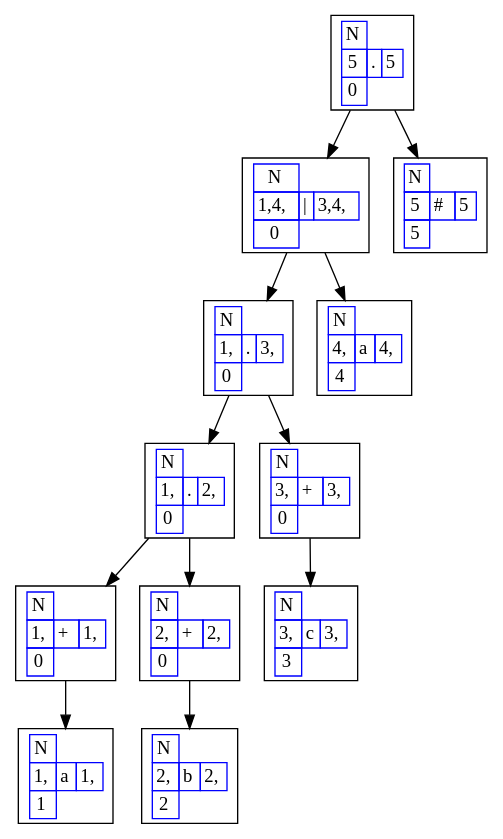
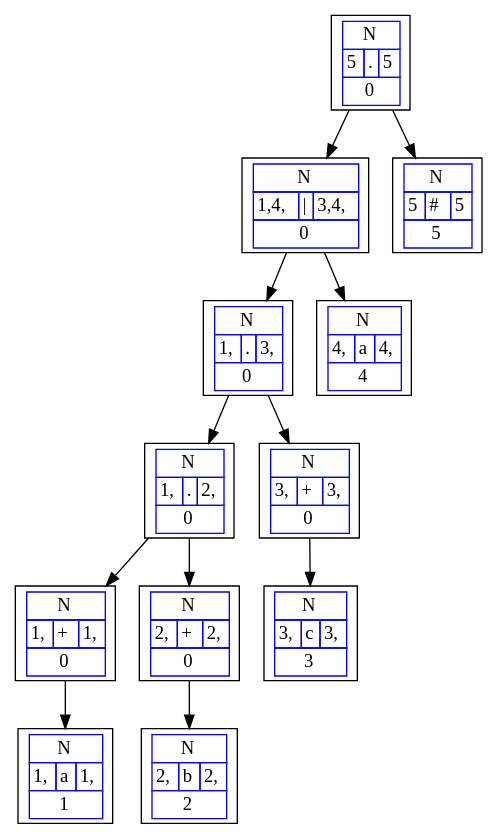
Before and after one commit to Racs0XD/-OLC1-Proyecto1_201603028: the diagram in Py1_201603028/src/ARBOLES_201603028/E2.dot, drawn with Graphviz. The commit also changed 144 other files, not shown here.

```diff
--- a/Py1_201603028/src/ARBOLES_201603028/E2.dot
+++ b/Py1_201603028/src/ARBOLES_201603028/E2.dot
@@ -1,101 +1,101 @@
 digraph G{
 rankdir=UD
 node[shape=box]
 concentrate=true
-nodo46 [ label =< 
+nodo136 [ label =< 
 <table border='0' cellborder='1' color='blue' cellspacing='0'>
-<tr><td>N</td></tr>
+<tr><td colspan="3">N</td></tr>
 <tr><td>5</td><td>.</td><td>5</td></tr>
-<tr><td>0</td></tr>
+<tr><td colspan="3">0</td></tr>
 </table>
 >];
-nodo44 [ label =< 
+nodo134 [ label =< 
 <table border='0' cellborder='1' color='blue' cellspacing='0'>
-<tr><td>N</td></tr>
+<tr><td colspan="3">N</td></tr>
 <tr><td>1,4,</td><td>|</td><td>3,4,</td></tr>
-<tr><td>0</td></tr>
+<tr><td colspan="3">0</td></tr>
 </table>
 >];
-nodo42 [ label =< 
+nodo132 [ label =< 
 <table border='0' cellborder='1' color='blue' cellspacing='0'>
-<tr><td>N</td></tr>
+<tr><td colspan="3">N</td></tr>
 <tr><td>1,</td><td>.</td><td>3,</td></tr>
-<tr><td>0</td></tr>
+<tr><td colspan="3">0</td></tr>
 </table>
 >];
-nodo39 [ label =< 
+nodo129 [ label =< 
 <table border='0' cellborder='1' color='blue' cellspacing='0'>
-<tr><td>N</td></tr>
+<tr><td colspan="3">N</td></tr>
 <tr><td>1,</td><td>.</td><td>2,</td></tr>
-<tr><td>0</td></tr>
+<tr><td colspan="3">0</td></tr>
 </table>
 >];
-nodo36 [ label =< 
+nodo126 [ label =< 
 <table border='0' cellborder='1' color='blue' cellspacing='0'>
-<tr><td>N</td></tr>
+<tr><td colspan="3">N</td></tr>
 <tr><td>1,</td><td>+</td><td>1,</td></tr>
-<tr><td>0</td></tr>
+<tr><td colspan="3">0</td></tr>
 </table>
 >];
-nodo35 [ label =< 
+nodo125 [ label =< 
 <table border='0' cellborder='1' color='blue' cellspacing='0'>
-<tr><td>N</td></tr>
+<tr><td colspan="3">N</td></tr>
 <tr><td>1,</td><td>a</td><td>1,</td></tr>
-<tr><td>1</td></tr>
+<tr><td colspan="3">1</td></tr>
 </table>
 >];
-nodo36->nodo35
-nodo39->nodo36
-nodo38 [ label =< 
+nodo126->nodo125
+nodo129->nodo126
+nodo128 [ label =< 
 <table border='0' cellborder='1' color='blue' cellspacing='0'>
-<tr><td>N</td></tr>
+<tr><td colspan="3">N</td></tr>
 <tr><td>2,</td><td>+</td><td>2,</td></tr>
-<tr><td>0</td></tr>
+<tr><td colspan="3">0</td></tr>
 </table>
 >];
-nodo37 [ label =< 
+nodo127 [ label =< 
 <table border='0' cellborder='1' color='blue' cellspacing='0'>
-<tr><td>N</td></tr>
+<tr><td colspan="3">N</td></tr>
 <tr><td>2,</td><td>b</td><td>2,</td></tr>
-<tr><td>2</td></tr>
+<tr><td colspan="3">2</td></tr>
 </table>
 >];
-nodo38->nodo37
-nodo39->nodo38
-nodo42->nodo39
-nodo41 [ label =< 
+nodo128->nodo127
+nodo129->nodo128
+nodo132->nodo129
+nodo131 [ label =< 
 <table border='0' cellborder='1' color='blue' cellspacing='0'>
-<tr><td>N</td></tr>
+<tr><td colspan="3">N</td></tr>
 <tr><td>3,</td><td>+</td><td>3,</td></tr>
-<tr><td>0</td></tr>
+<tr><td colspan="3">0</td></tr>
 </table>
 >];
-nodo40 [ label =< 
+nodo130 [ label =< 
 <table border='0' cellborder='1' color='blue' cellspacing='0'>
-<tr><td>N</td></tr>
+<tr><td colspan="3">N</td></tr>
 <tr><td>3,</td><td>c</td><td>3,</td></tr>
-<tr><td>3</td></tr>
+<tr><td colspan="3">3</td></tr>
 </table>
 >];
-nodo41->nodo40
-nodo42->nodo41
-nodo44->nodo42
-nodo43 [ label =< 
+nodo131->nodo130
+nodo132->nodo131
+nodo134->nodo132
+nodo133 [ label =< 
 <table border='0' cellborder='1' color='blue' cellspacing='0'>
-<tr><td>N</td></tr>
+<tr><td colspan="3">N</td></tr>
 <tr><td>4,</td><td>a</td><td>4,</td></tr>
-<tr><td>4</td></tr>
+<tr><td colspan="3">4</td></tr>
 </table>
 >];
-nodo44->nodo43
-nodo46->nodo44
-nodo45 [ label =< 
+nodo134->nodo133
+nodo136->nodo134
+nodo135 [ label =< 
 <table border='0' cellborder='1' color='blue' cellspacing='0'>
-<tr><td>N</td></tr>
+<tr><td colspan="3">N</td></tr>
 <tr><td>5</td><td>#</td><td>5</td></tr>
-<tr><td>5</td></tr>
+<tr><td colspan="3">5</td></tr>
 </table>
 >];
-nodo46->nodo45
+nodo136->nodo135
 
 }
```
